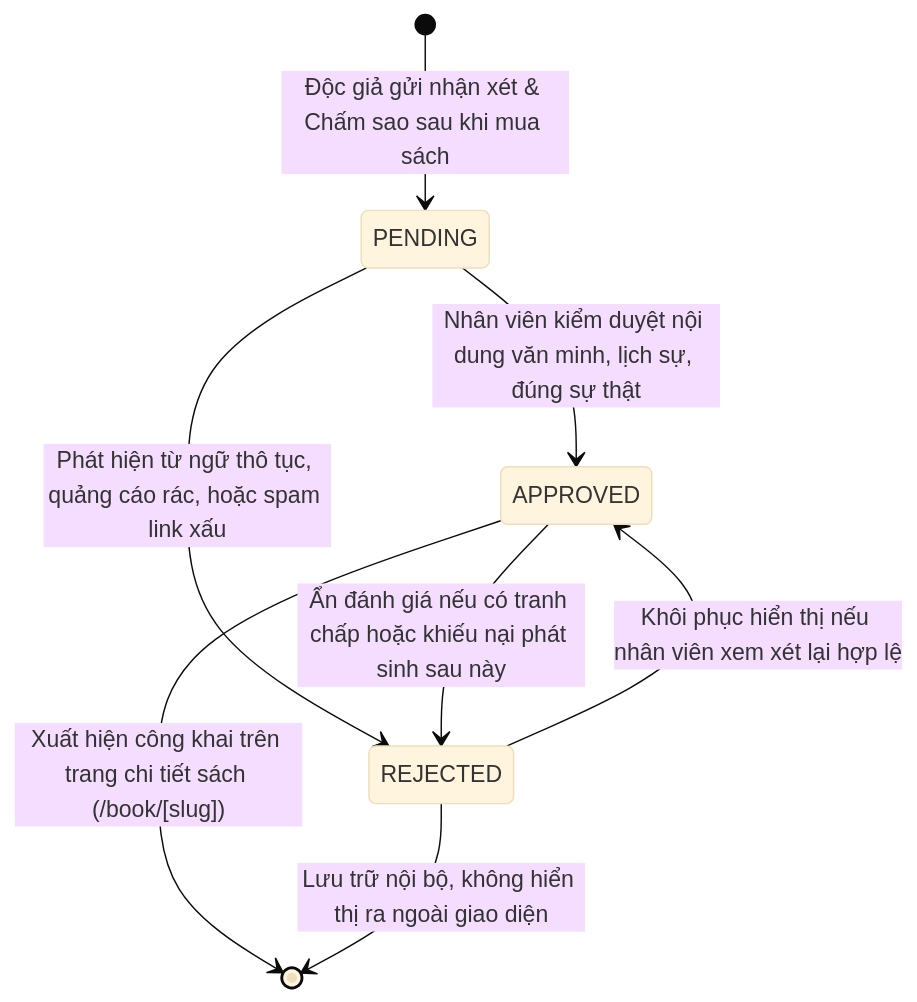
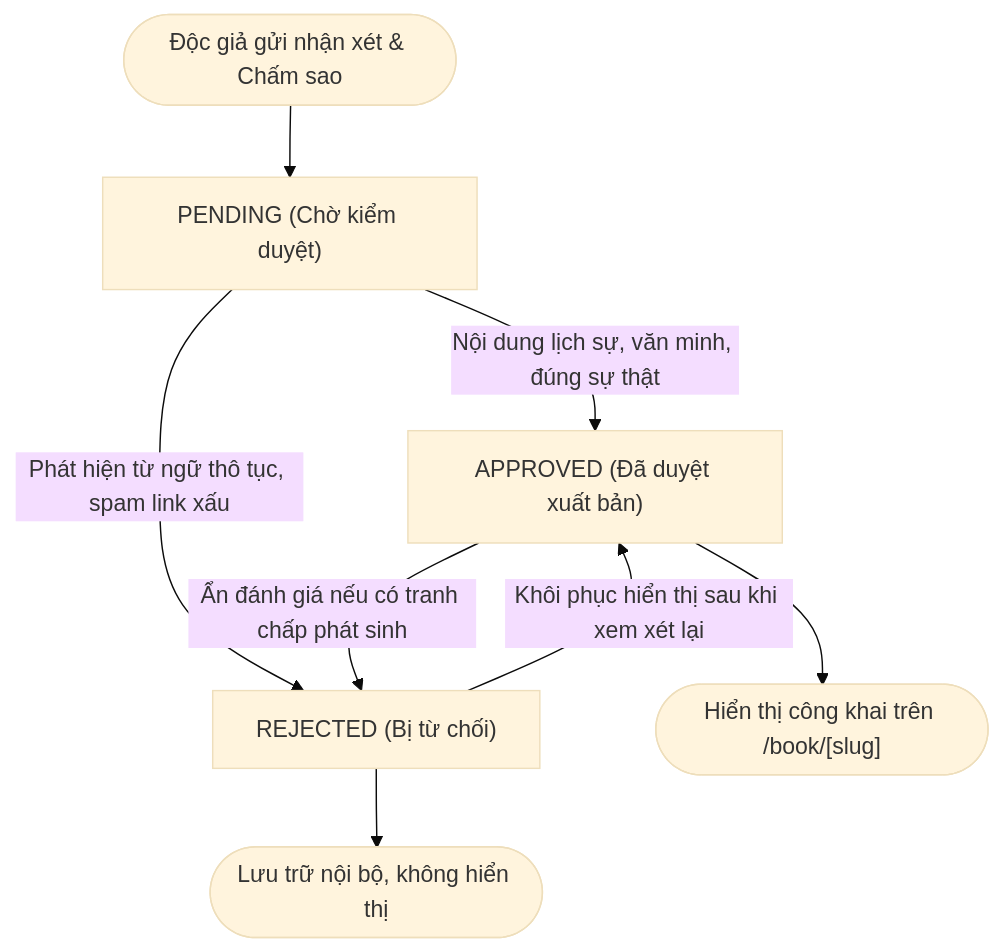
One commit to Hanh-Dang/DALN-CNTT-1-1-26-N02_To-Sach changed diagram 22 of 23 in Document_Project.md. Above: the diagram before and after it, drawn with Mermaid (base theme). The commit also changed other lines of this file and 2 other files, not shown here.

Commit message:
feat(ai & tài-liệu): tối ưu sơ đồ Mermaid sang graph TD tránh lỗi render GitHub và nâng cấp chatbot hỗ trợ Markdown cùng lưu phiên làm việc

````diff
--- a/Document_Project.md
+++ b/Document_Project.md
@@ -1231,13 +1206,13 @@
 ```mermaid
-stateDiagram-v2
-    [*] --> PENDING: Độc giả gửi nhận xét & Chấm sao sau khi mua sách
+graph TD
+    StartReview(["Độc giả gửi nhận xét & Chấm sao"]) --> PENDING_REV["PENDING (Chờ kiểm duyệt)"]
 
-    PENDING --> APPROVED: Nhân viên kiểm duyệt nội dung văn minh, lịch sự, đúng sự thật
-    PENDING --> REJECTED: Phát hiện từ ngữ thô tục, quảng cáo rác, hoặc spam link xấu
+    PENDING_REV -->|"Nội dung lịch sự, văn minh, đúng sự thật"| APPROVED["APPROVED (Đã duyệt xuất bản)"]
+    PENDING_REV -->|"Phát hiện từ ngữ thô tục, spam link xấu"| REJECTED["REJECTED (Bị từ chối)"]
 
-    APPROVED --> REJECTED: Ẩn đánh giá nếu có tranh chấp hoặc khiếu nại phát sinh sau này
-    REJECTED --> APPROVED: Khôi phục hiển thị nếu nhân viên xem xét lại hợp lệ
+    APPROVED -->|"Ẩn đánh giá nếu có tranh chấp phát sinh"| REJECTED
+    REJECTED -->|"Khôi phục hiển thị sau khi xem xét lại"| APPROVED
 
-    APPROVED --> [*]: Xuất hiện công khai trên trang chi tiết sách (/book/[slug])
-    REJECTED --> [*]: Lưu trữ nội bộ, không hiển thị ra ngoài giao diện
+    APPROVED --> PublicDisplay(["Hiển thị công khai trên /book/[slug]"])
+    REJECTED --> HiddenArchive(["Lưu trữ nội bộ, không hiển thị"])
 ```
````
